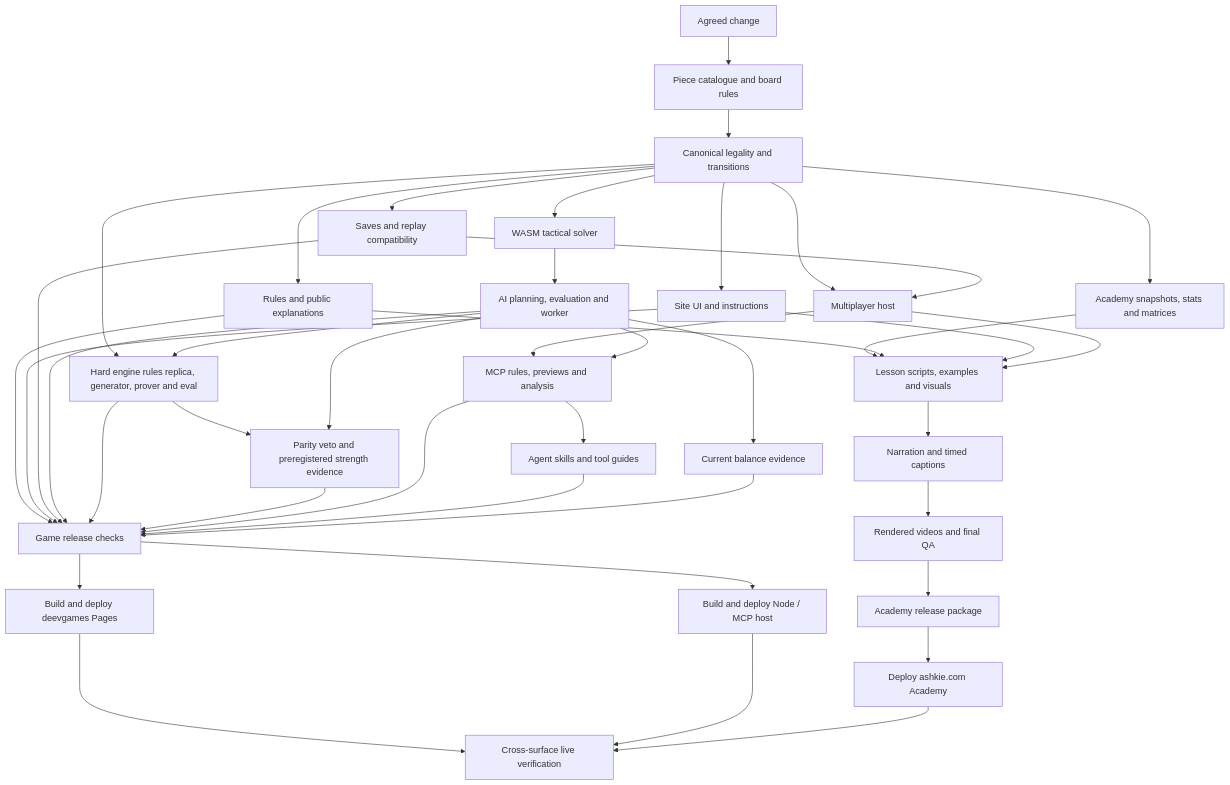
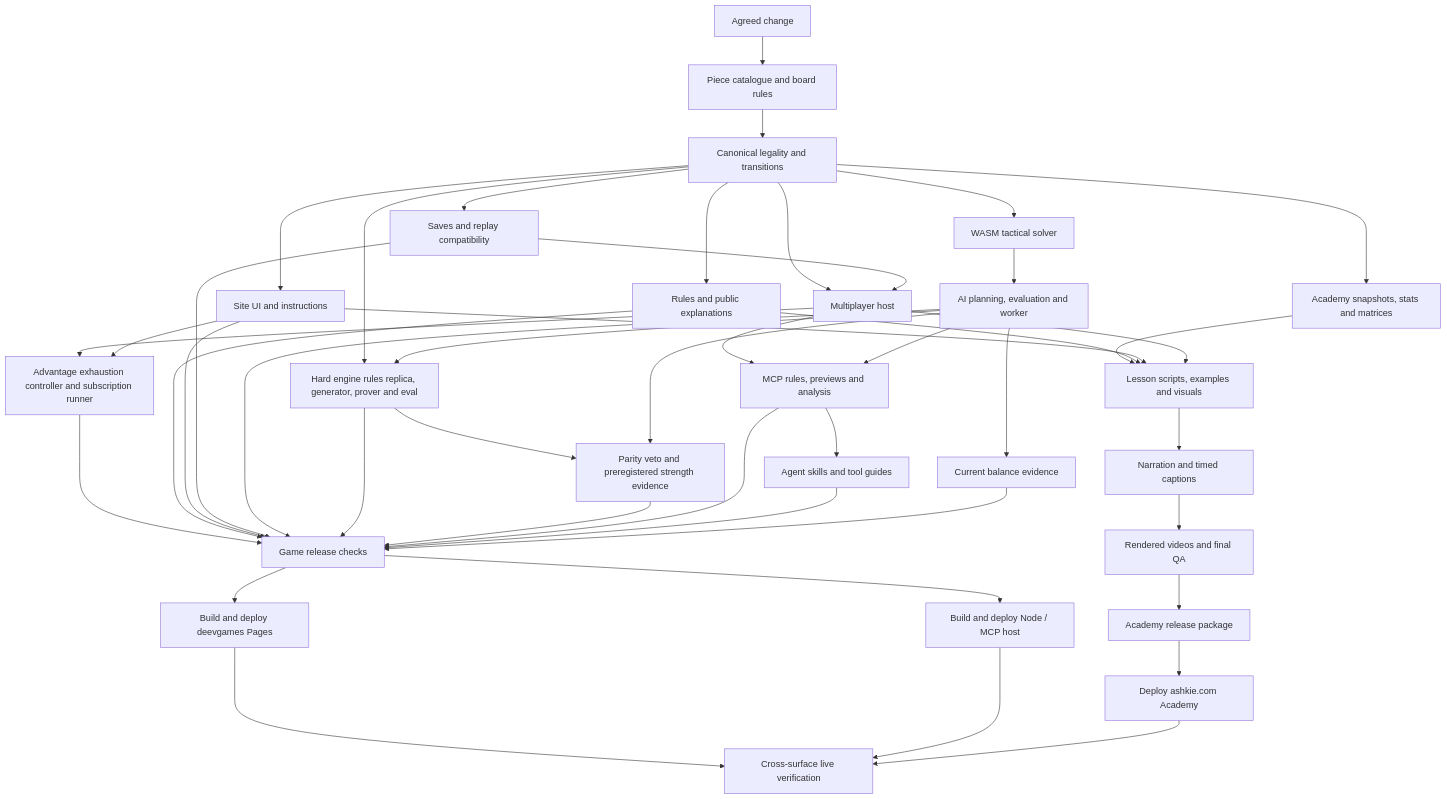
The diagram in muju/docs/CONTENT_DAG.md (ethancd/deevgames), drawn with Mermaid before and after one commit. The commit also changed other lines of this file and 83 other files, not shown here.

Commit message:
Add Muju advantage exhaustion explorer and mandatory half-crystal komi

````diff
--- a/muju/docs/CONTENT_DAG.md
+++ b/muju/docs/CONTENT_DAG.md
@@ -89,43 +89,46 @@
 ```mermaid
 flowchart TD
   intent[Agreed change] --> sources[Piece catalogue and board rules]
   sources --> engine[Canonical legality and transitions]
   engine --> docs[Rules and public explanations]
   engine --> ui[Site UI and instructions]
   engine --> saves[Saves and replay compatibility]
   engine --> wasm[WASM tactical solver]
   wasm --> ai[AI planning, evaluation and worker]
   engine --> hard[Hard engine rules replica, generator, prover and eval]
   ai --> hard
   hard --> strength[Parity veto and preregistered strength evidence]
   ai --> strength
   engine --> server[Multiplayer host]
   saves --> server
+  server --> explorer[Advantage exhaustion controller and subscription runner]
+  ui --> explorer
+  explorer --> checks
   server --> mcp[MCP rules, previews and analysis]
   ai --> mcp
   mcp --> skills[Agent skills and tool guides]
   ai --> balance[Current balance evidence]
   engine --> exports[Academy snapshots, stats and matrices]
   exports --> lessons[Lesson scripts, examples and visuals]
   docs --> lessons
   ui --> lessons
   server --> lessons
   lessons --> speech[Narration and timed captions]
   speech --> video[Rendered videos and final QA]
   video --> academyPackage[Academy release package]
   docs --> checks[Game release checks]
   ui --> checks
   saves --> checks
   ai --> checks
   hard --> checks
   strength --> checks
   mcp --> checks
   skills --> checks
   balance --> checks
   checks --> pages[Build and deploy deevgames Pages]
   checks --> host[Build and deploy Node / MCP host]
   academyPackage --> academy[Deploy ashkie.com Academy]
   pages --> live[Cross-surface live verification]
   host --> live
   academy --> live
 ```
````
